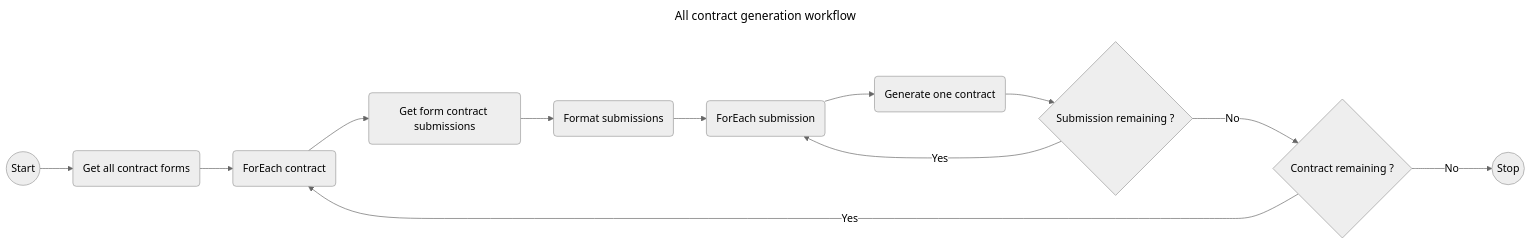
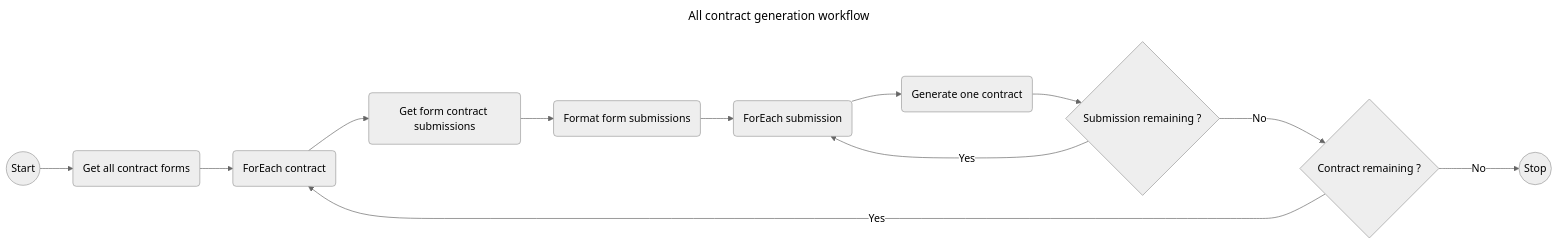
The first of 4 diagrams in README.md (JulienAldon/AmapContractGeneration), drawn with Mermaid (neutral theme) before and after one commit. The commit also changed other lines of this file, not shown here.

````diff
--- a/README.md
+++ b/README.md
@@ -27,17 +27,17 @@
 ```mermaid
 ---
 title: All contract generation workflow
 ---
 graph LR;
     Start((Start))-->GetAllContractForms;
     GetAllContractForms(Get all contract forms)-->ForEachContract;
     ForEachContract(ForEach contract)-->GetFormSubmissions;
-    GetFormSubmissions(Get form contract submissions)-->FormatSubmissions;
-    FormatSubmissions(Format submissions)-->ForEachSubmission;
+    GetFormSubmissions(Get form contract submissions)-->FormatFormSubmissions;
+    FormatFormSubmissions(Format form submissions)-->ForEachSubmission;
     ForEachSubmission(ForEach submission)-->GenerateOneContract;
     GenerateOneContract(Generate one contract)-->SubmissionRemaining{Submission remaining ?};
     SubmissionRemaining--Yes-->ForEachSubmission
     SubmissionRemaining--Noo-->ContractRemaining
     ContractRemaining{Contract remaining ?}--Yes-->ForEachContract
     ContractRemaining--Noo-->Stop((Stop));
 ```
````
